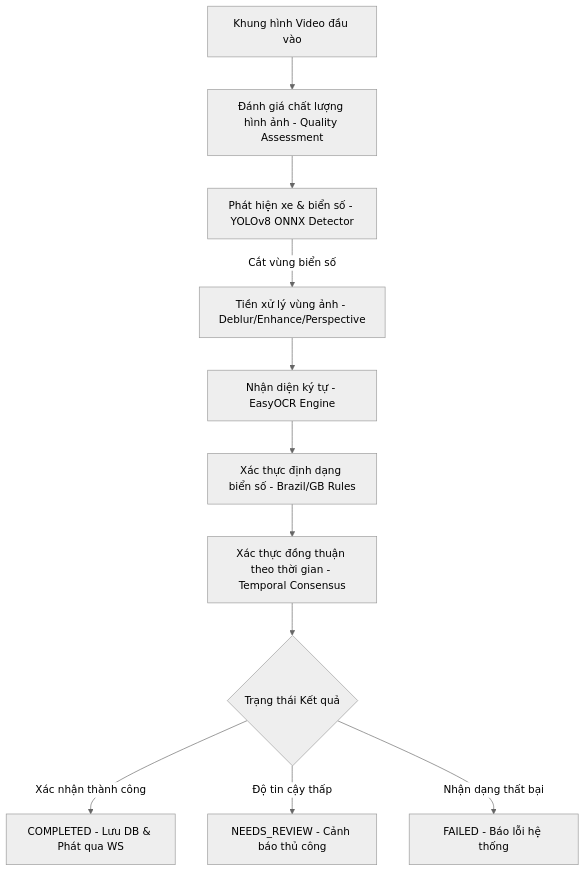
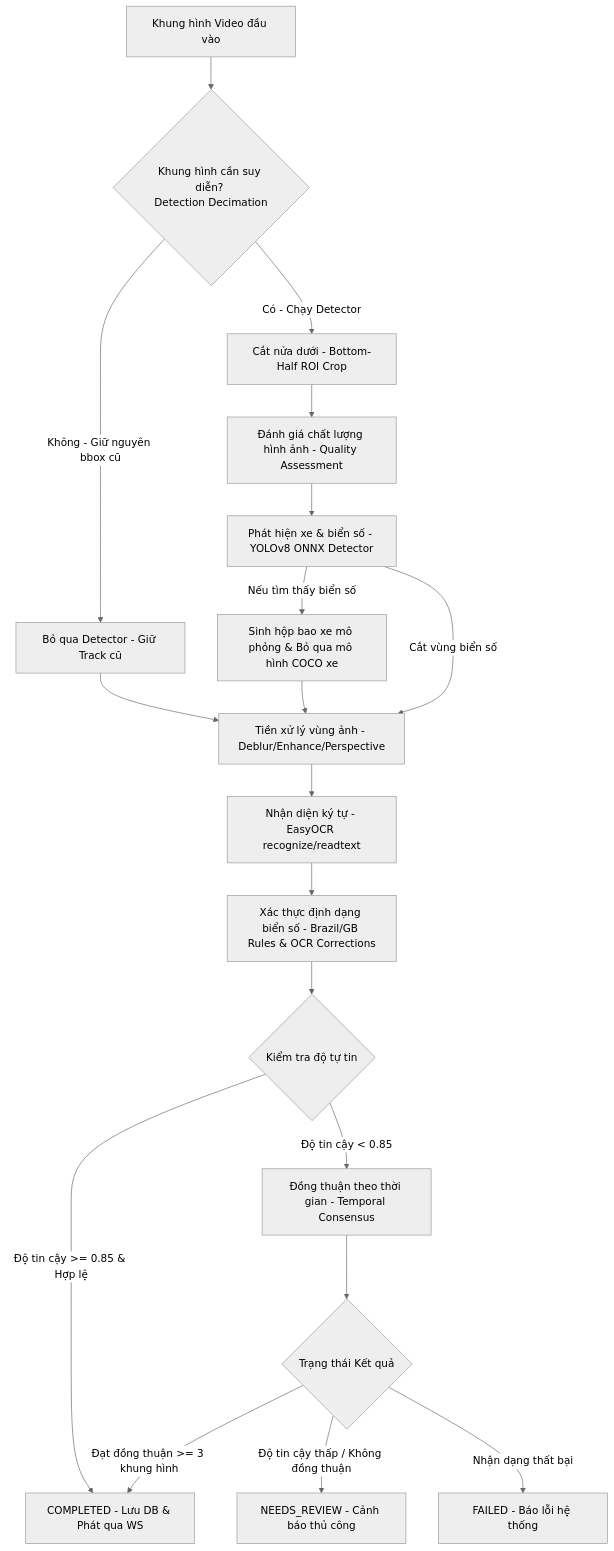
The diagram in reports/aiengineer.md (UET-121/BTL_AIT2004-2), drawn with Mermaid (neutral theme) before and after one commit. The commit also changed other lines of this file and 8 other files, not shown here.

````diff
--- a/reports/aiengineer.md
+++ b/reports/aiengineer.md
@@ -26,13 +26,21 @@
 ```mermaid
 flowchart TD
-    A[Khung hình Video đầu vào] --> B[Đánh giá chất lượng hình ảnh - Quality Assessment]
+    A[Khung hình Video đầu vào] --> B1{Khung hình cần suy diễn? <br>Detection Decimation}
+    B1 -->|Không - Giữ nguyên bbox cũ| B2[Bỏ qua Detector - Giữ Track cũ]
+    B1 -->|Có - Chạy Detector| B3[Cắt nửa dưới - Bottom-Half ROI Crop]
+    B3 --> B[Đánh giá chất lượng hình ảnh - Quality Assessment]
     B --> C[Phát hiện xe & biển số - YOLOv8 ONNX Detector]
+    C -->|Nếu tìm thấy biển số| C1[Sinh hộp bao xe mô phỏng & Bỏ qua mô hình COCO xe]
     C -->|Cắt vùng biển số| D[Tiền xử lý vùng ảnh - Deblur/Enhance/Perspective]
-    D --> E[Nhận diện ký tự - EasyOCR Engine]
-    E --> F[Xác thực định dạng biển số - Brazil/GB Rules]
-    F --> G[Xác thực đồng thuận theo thời gian - Temporal Consensus]
-    G --> H{Trạng thái Kết quả}
-    H -->|Xác nhận thành công| I[COMPLETED - Lưu DB & Phát qua WS]
-    H -->|Độ tin cậy thấp| J[NEEDS_REVIEW - Cảnh báo thủ công]
+    B2 --> D
+    C1 --> D
+    D --> E[Nhận diện ký tự - EasyOCR recognize/readtext]
+    E --> F[Xác thực định dạng biển số - Brazil/GB Rules & OCR Corrections]
+    F --> G{Kiểm tra độ tự tin}
+    G -->|Độ tin cậy >= 0.85 & Hợp lệ| I[Auto-Accept - Xác nhận ngay lập tức]
+    G -->|Độ tin cậy < 0.85| G1[Đồng thuận theo thời gian - Temporal Consensus]
+    G1 --> H{Trạng thái Kết quả}
+    H -->|Đạt đồng thuận >= 3 khung hình| I[COMPLETED - Lưu DB & Phát qua WS]
+    H -->|Độ tin cậy thấp / Không đồng thuận| J[NEEDS_REVIEW - Cảnh báo thủ công]
     H -->|Nhận dạng thất bại| K[FAILED - Báo lỗi hệ thống]
 ```
````
